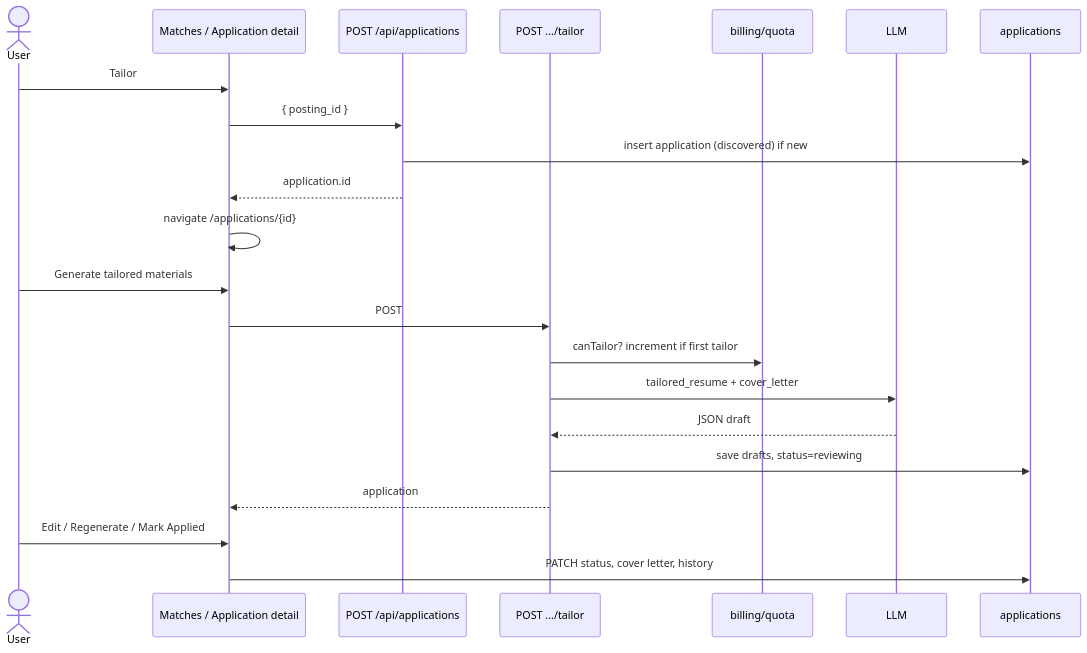
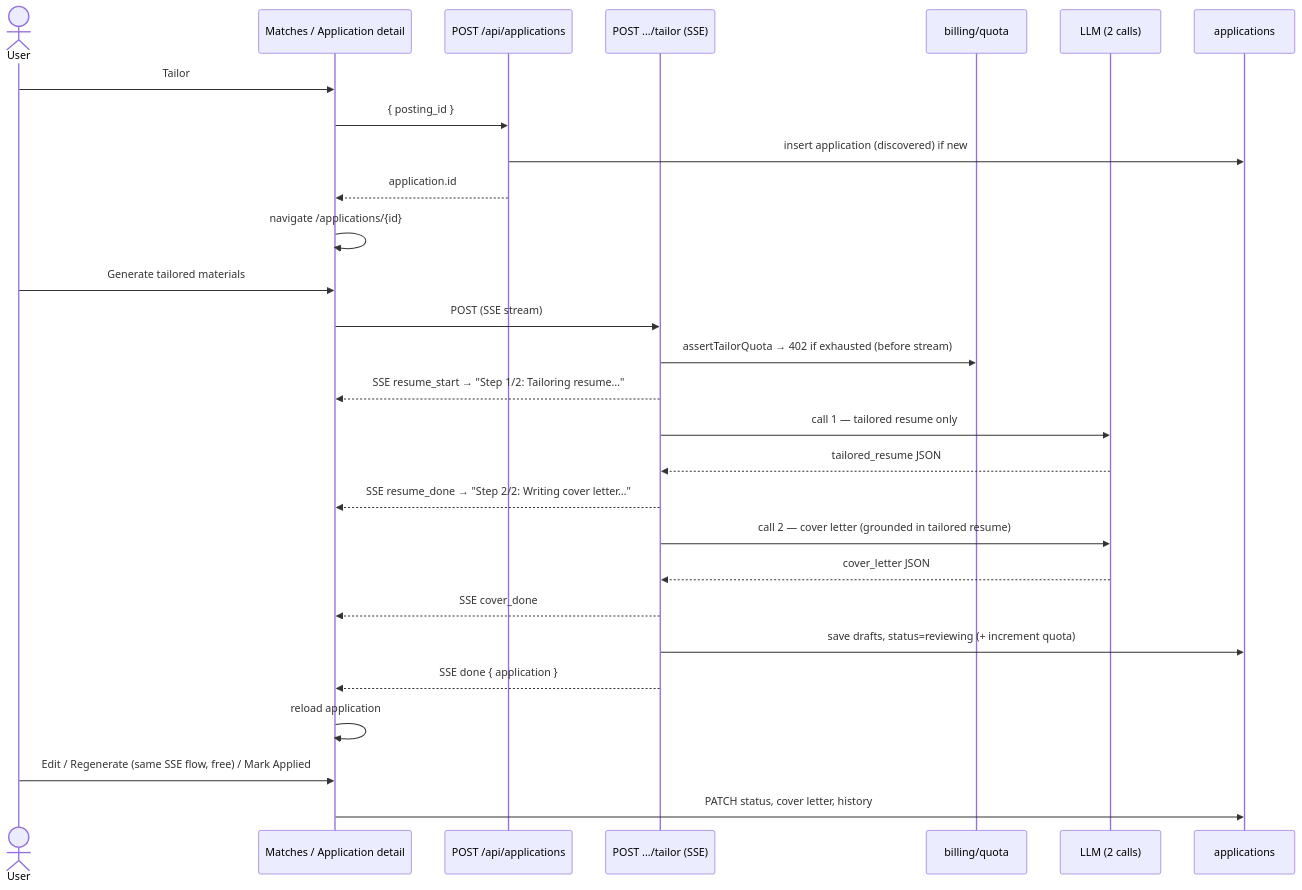
Before and after one commit to jxjwilliam/jobPilot: the seventh of 13 diagrams in docs/03-jobpilot-workflow.md, drawn with Mermaid. The commit also changed other lines of this file and 13 other files, not shown here.

First line of the commit message:
feat: stream tailored materials (split resume + cover letter) + matches freshness

````diff
--- a/docs/03-jobpilot-workflow.md
+++ b/docs/03-jobpilot-workflow.md
@@ -208,25 +208,31 @@
 ```mermaid
 sequenceDiagram
   actor U as User
   participant FE as Matches / Application detail
   participant Apps as POST /api/applications
-  participant Tailor as POST .../tailor
+  participant Tailor as POST .../tailor (SSE)
   participant Quota as billing/quota
-  participant LLM as LLM
+  participant LLM as LLM (2 calls)
   participant DB as applications
 
   U->>FE: Tailor
   FE->>Apps: { posting_id }
   Apps->>DB: insert application (discovered) if new
   Apps-->>FE: application.id
   FE->>FE: navigate /applications/{id}
   U->>FE: Generate tailored materials
-  FE->>Tailor: POST
-  Tailor->>Quota: canTailor? increment if first tailor
-  Tailor->>LLM: tailored_resume + cover_letter
-  LLM-->>Tailor: JSON draft
-  Tailor->>DB: save drafts, status=reviewing
-  Tailor-->>FE: application
-  U->>FE: Edit / Regenerate / Mark Applied
+  FE->>Tailor: POST (SSE stream)
+  Tailor->>Quota: assertTailorQuota → 402 if exhausted (before stream)
+  Tailor-->>FE: SSE resume_start → "Step 1/2: Tailoring resume…"
+  Tailor->>LLM: call 1 — tailored resume only
+  LLM-->>Tailor: tailored_resume JSON
+  Tailor-->>FE: SSE resume_done → "Step 2/2: Writing cover letter…"
+  Tailor->>LLM: call 2 — cover letter (grounded in tailored resume)
+  LLM-->>Tailor: cover_letter JSON
+  Tailor-->>FE: SSE cover_done
+  Tailor->>DB: save drafts, status=reviewing (+ increment quota)
+  Tailor-->>FE: SSE done { application }
+  FE->>FE: reload application
+  U->>FE: Edit / Regenerate (same SSE flow, free) / Mark Applied
   FE->>DB: PATCH status, cover letter, history
 ```
````
